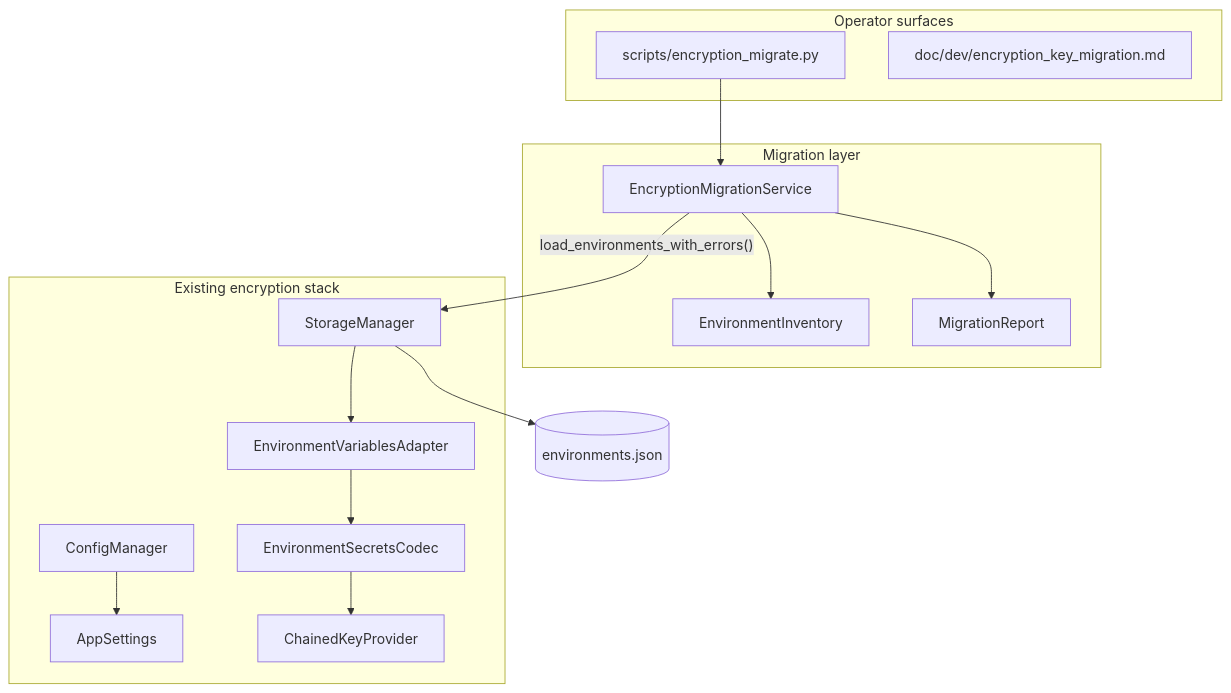
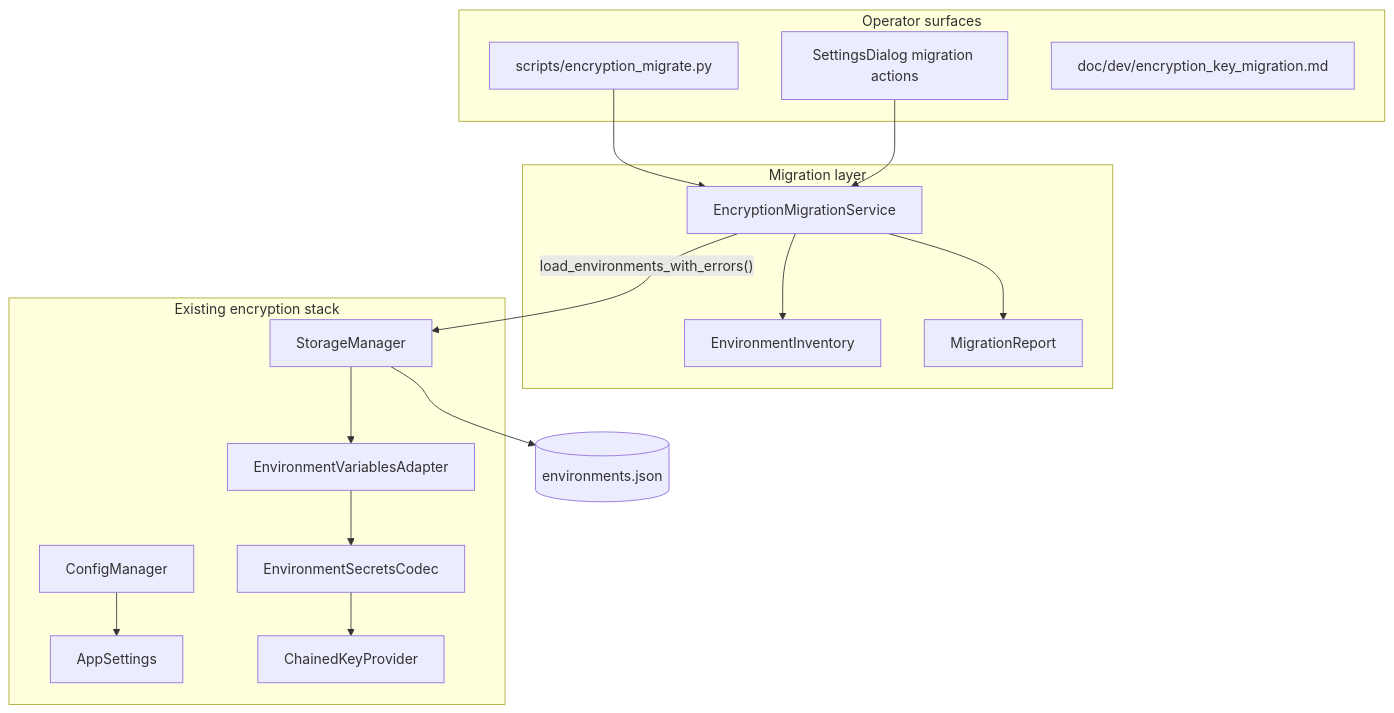
One commit to koctep/pypost changed the diagram in doc/dev/encryption_key_migration.md. Above: the diagram before and after it, drawn with Mermaid. The commit also changed other lines of this file and 10 other files, not shown here.

First line of the commit message:
feature(ui): PYPOST-527 add Settings encryption migration actions

````diff
--- a/doc/dev/encryption_key_migration.md
+++ b/doc/dev/encryption_key_migration.md
@@ -16,32 +16,34 @@
 ```mermaid
 flowchart TD
   subgraph operator [Operator surfaces]
     CLI[scripts/encryption_migrate.py]
+    UI[SettingsDialog migration actions]
     DOC[doc/dev/encryption_key_migration.md]
   end
 
   subgraph migration [Migration layer]
     EMS[EncryptionMigrationService]
     INV[EnvironmentInventory]
     REP[MigrationReport]
   end
 
   subgraph existing [Existing encryption stack]
     CM[ConfigManager]
     AS[AppSettings]
     SM[StorageManager]
     EVA[EnvironmentVariablesAdapter]
     ESC[EnvironmentSecretsCodec]
     CKP[ChainedKeyProvider]
   end
 
   CLI --> EMS
+  UI --> EMS
   EMS --> INV
   EMS --> REP
   EMS -->|"load_environments_with_errors()"| SM
   CM --> AS
   SM --> EVA
   EVA --> ESC
   ESC --> CKP
   SM --> ENV[(environments.json)]
 ```
````
